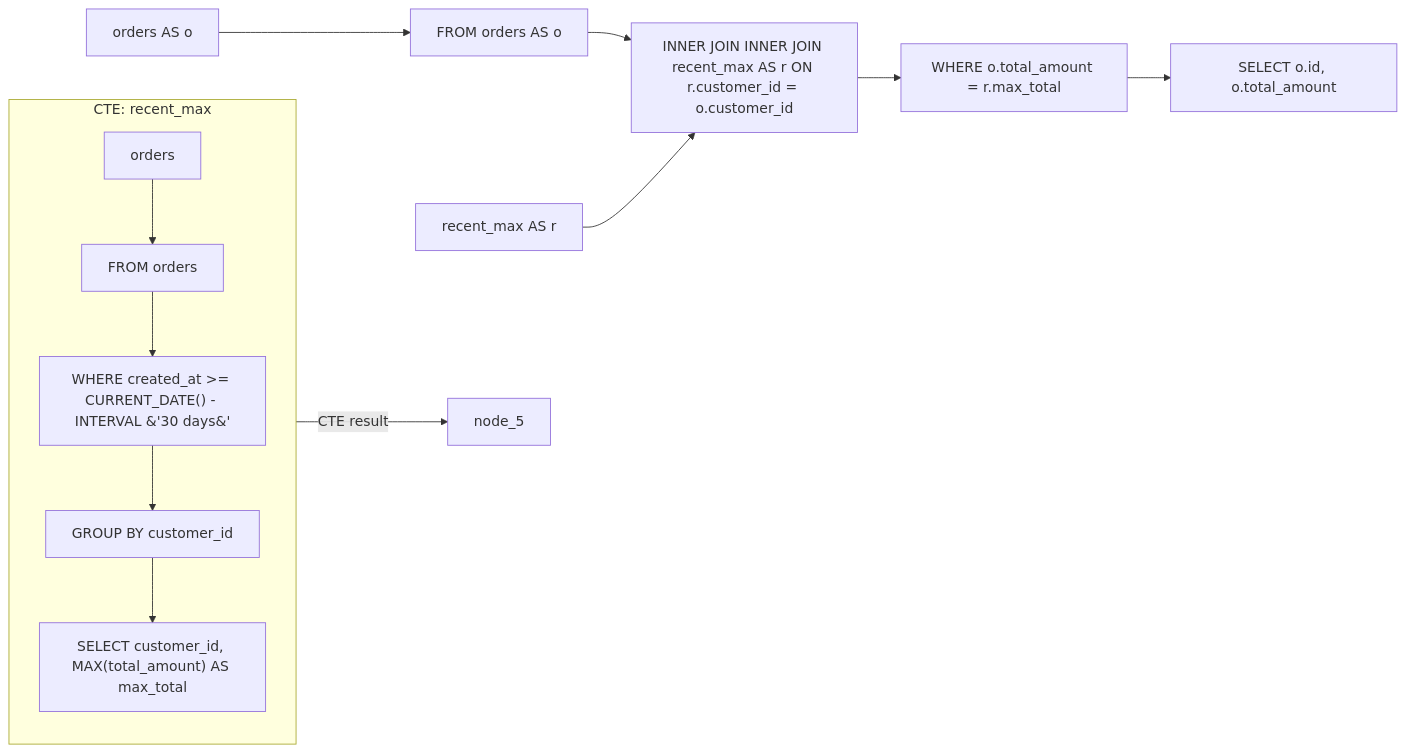
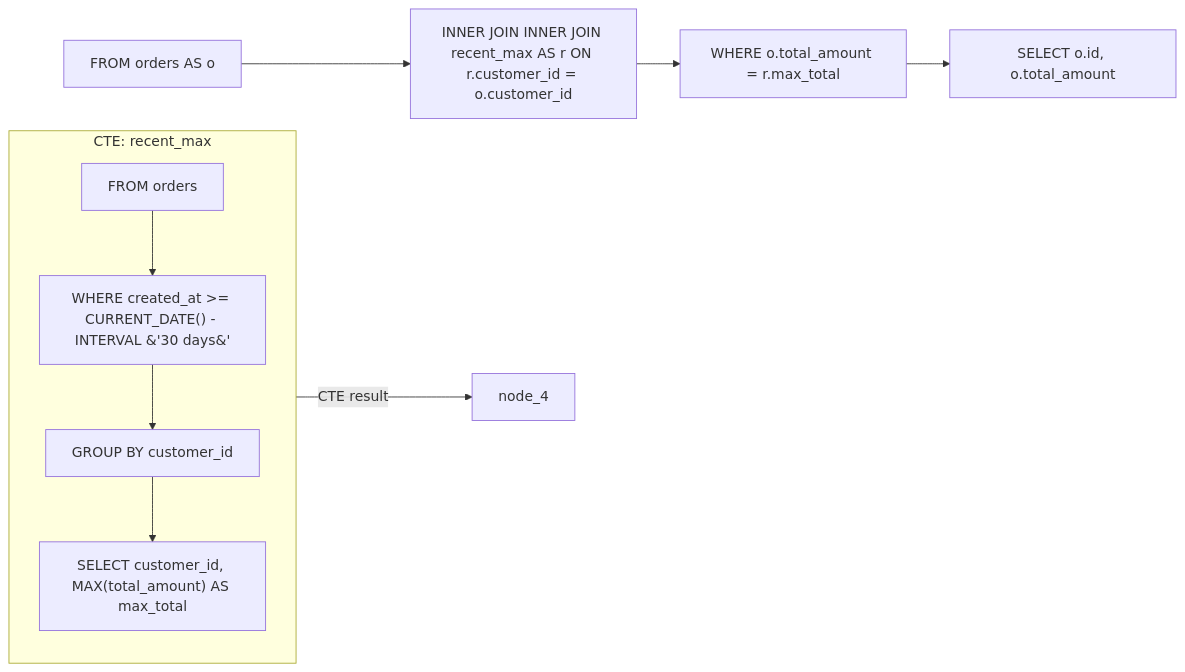
The diagram in examples/cte_with_join.mmd (rot1024/sqloflow), drawn with Mermaid before and after one commit. The commit also changed 68 other files, not shown here.

```diff
--- a/examples/cte_with_join.mmd
+++ b/examples/cte_with_join.mmd
@@ -1,26 +1,20 @@
 flowchart LR
     subgraph cte_recent_max [CTE: recent_max]
         direction TB
-        node_4["SELECT customer_id, MAX(total_amount) AS max_total"]
-        node_3["GROUP BY customer_id"]
-        node_2["WHERE created_at &gt;= CURRENT_DATE() - INTERVAL &#39;30 days&#39;"]
-        node_1[FROM orders]
-        node_0[orders]
+        node_3["SELECT customer_id, MAX(total_amount) AS max_total"]
+        node_2["GROUP BY customer_id"]
+        node_1["WHERE created_at &gt;= CURRENT_DATE() - INTERVAL &#39;30 days&#39;"]
+        node_0[FROM orders]
         node_0 --> node_1
         node_1 --> node_2
         node_2 --> node_3
-        node_3 --> node_4
     end
 
-    node_6[orders AS o]
-    node_7[FROM orders AS o]
-    node_8[recent_max AS r]
-    node_9["INNER JOIN INNER JOIN recent_max AS r ON r.customer_id = o.customer_id"]
-    node_10["WHERE o.total_amount = r.max_total"]
-    node_11["SELECT o.id, o.total_amount"]
-    node_4 -->|CTE result| node_5
+    node_5[FROM orders AS o]
+    node_6["INNER JOIN INNER JOIN recent_max AS r ON r.customer_id = o.customer_id"]
+    node_7["WHERE o.total_amount = r.max_total"]
+    node_8["SELECT o.id, o.total_amount"]
+    node_3 -->|CTE result| node_4
+    node_5 --> node_6
     node_6 --> node_7
-    node_7 --> node_9
-    node_8 --> node_9
-    node_9 --> node_10
-    node_10 --> node_11
+    node_7 --> node_8
```
